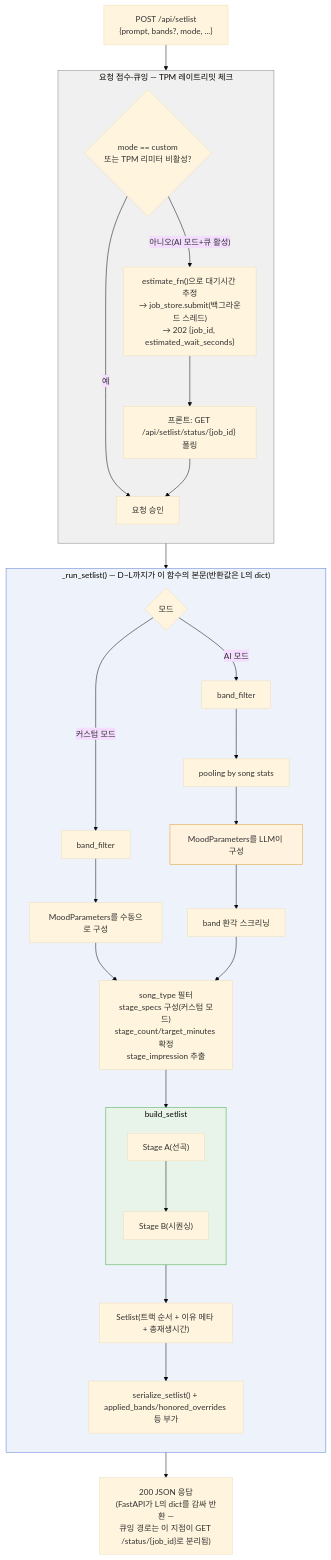
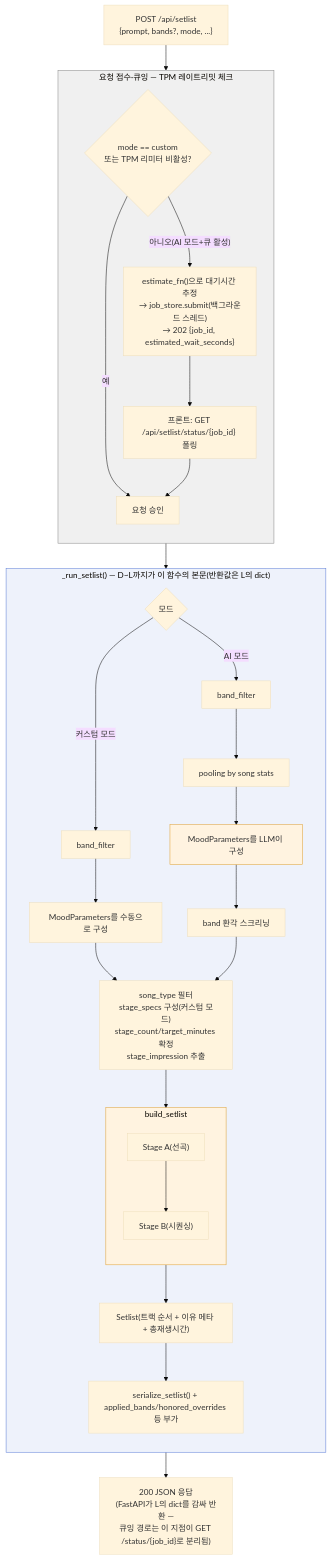
The first of 2 diagrams in archive/version/v2/01-prompt-to-playlist-flow.md (sbb2002/bandori-playlist-maker), drawn with Mermaid (base theme) before and after one commit.

Commit message:
docs(v2-flow): SEL(build_setlist) 색상을 LLM 노드와 통일

````diff
--- a/archive/version/v2/01-prompt-to-playlist-flow.md
+++ b/archive/version/v2/01-prompt-to-playlist-flow.md
@@ -14,44 +14,44 @@
 ```mermaid
 flowchart TD
     A["POST /api/setlist<br/>{prompt, bands?, mode, ...}"] --> B
 
     subgraph INTAKE["요청 접수·큐잉 — TPM 레이트리밋 체크"]
         direction TB
         B{"mode == custom<br/>또는 TPM 리미터 비활성?"}
         B -- "예" --> APPROVE["요청 승인"]
         B -- "아니오(AI 모드+큐 활성)" --> Q["estimate_fn()으로 대기시간 추정<br/>→ job_store.submit(백그라운드 스레드)<br/>→ 202 {job_id, estimated_wait_seconds}"]
         Q --> QP["프론트: GET /api/setlist/status/{job_id} 폴링"]
         QP --> APPROVE
     end
 
     APPROVE --> RUN
 
     subgraph RUN["_run_setlist() — D~L까지가 이 함수의 본문(반환값은 L의 dict)"]
         direction TB
         E{"모드"}
         E -- "커스텀 모드" --> D1["band_filter"]
         D1 --> E1["MoodParameters를 수동으로 구성"]
         E -- "AI 모드" --> D2["band_filter"]
         D2 --> E2["pooling by song stats"]
         E2 --> LLM["MoodParameters를 LLM이 구성"]
         LLM --> G["band 환각 스크리닝"]
         E1 --> H
         G --> H["song_type 필터<br/>stage_specs 구성(커스텀 모드)<br/>stage_count/target_minutes 확정<br/>stage_impression 추출"]
         H --> SEL
 
         subgraph SEL["build_setlist"]
             direction TB
             SA["Stage A(선곡)"]
             SA --> SB["Stage B(시퀀싱)"]
         end
         SEL --> K["Setlist(트랙 순서 + 이유 메타 + 총재생시간)"]
         K --> L["serialize_setlist() + applied_bands/honored_overrides 등 부가"]
     end
 
     RUN --> M["200 JSON 응답<br/>(FastAPI가 L의 dict를 감싸 반환 —<br/>큐잉 경로는 이 지점이 GET /status/{job_id}로 분리됨)"]
 
     style INTAKE fill:#f0f0f0,stroke:#888
     style RUN fill:#eef2fb,stroke:#5a7bd6
     style LLM fill:#fff3e0,stroke:#e0a030
-    style SEL fill:#e8f4ea,stroke:#4a4
+    style SEL fill:#fff3e0,stroke:#e0a030
 ```
````
